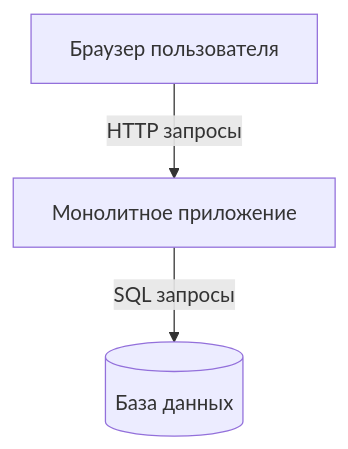
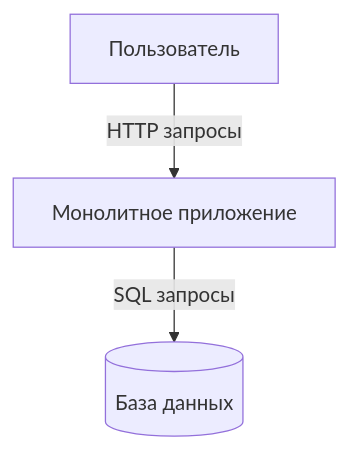
Before and after one commit to Par3431/Projectirovanie_IS: the first of 2 diagrams in LAB8.md, drawn with Mermaid.

````diff
--- a/LAB8.md
+++ b/LAB8.md
@@ -7,9 +7,9 @@
 ```mermaid
 flowchart TD
-    A[Браузер пользователя]
+    A[Пользователь]
     B[Монолитное приложение]
     C[(База данных)]
 
     A -->|HTTP запросы| B
     B -->|SQL запросы| C
 ```
````
